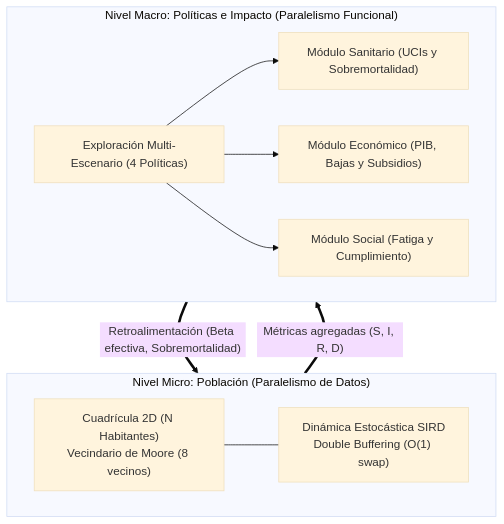
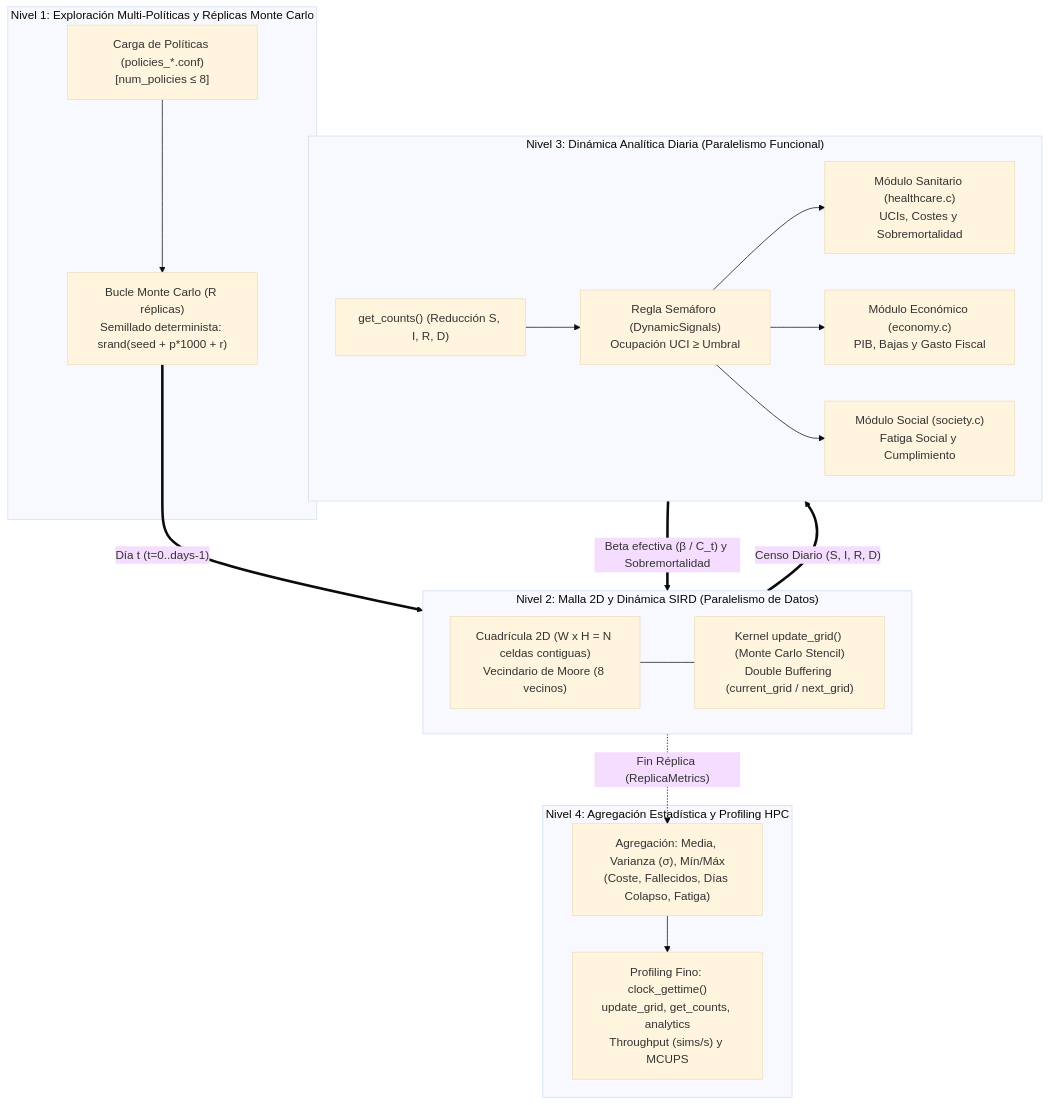
One commit to jhg45-ua/PandemiaIC changed the first of 3 diagrams in docs/modelo.md. Above: the diagram before and after it, drawn with Mermaid (base theme). The commit also changed other lines of this file and 16 other files, not shown here.

````diff
--- a/docs/modelo.md
+++ b/docs/modelo.md
@@ -13,21 +15,38 @@
 ```mermaid
 flowchart TD
-    subgraph S_Micro ["Nivel Micro: Población (Paralelismo de Datos)"]
-        Grid["Cuadrícula 2D (N Habitantes)\nVecindario de Moore (8 vecinos)"]
-        SIRD["Dinámica Estocástica SIRD\nDouble Buffering (O(1) swap)"]
-        Grid --- SIRD
+    subgraph S_Exp ["Nivel 1: Exploración Multi-Políticas y Réplicas Monte Carlo"]
+        Conf["Carga de Políticas (policies_*.conf)\n[num_policies ≤ 8]"]
+        MC["Bucle Monte Carlo (R réplicas)\nSemillado determinista: srand(seed + p*1000 + r)"]
+        Conf --> MC
     end
 
-    subgraph S_Macro ["Nivel Macro: Políticas e Impacto (Paralelismo Funcional)"]
-        Pol["Exploración Multi-Escenario (4 Políticas)"]
-        San["Módulo Sanitario (UCIs y Sobremortalidad)"]
-        Eco["Módulo Económico (PIB, Bajas y Subsidios)"]
-        Soc["Módulo Social (Fatiga y Cumplimiento)"]
-        Pol --> San
-        Pol --> Eco
-        Pol --> Soc
+    subgraph S_Micro ["Nivel 2: Malla 2D y Dinámica SIRD (Paralelismo de Datos)"]
+        Grid["Cuadrícula 2D (W x H = N celdas contiguas)\nVecindario de Moore (8 vecinos)"]
+        Stencil["Kernel update_grid() (Monte Carlo Stencil)\nDouble Buffering (current_grid / next_grid)"]
+        Grid --- Stencil
     end
 
-    S_Micro ==>|"Métricas agregadas (S, I, R, D)"| S_Macro
-    S_Macro ==>|"Retroalimentación (Beta efectiva, Sobremortalidad)"| S_Micro
+    subgraph S_Macro ["Nivel 3: Dinámica Analítica Diaria (Paralelismo Funcional)"]
+        Censo["get_counts() (Reducción S, I, R, D)"]
+        Semaforo["Regla Semáforo (DynamicSignals)\nOcupación UCI ≥ Umbral"]
+        San["Módulo Sanitario (healthcare.c)\nUCIs, Costes y Sobremortalidad"]
+        Eco["Módulo Económico (economy.c)\nPIB, Bajas y Gasto Fiscal"]
+        Soc["Módulo Social (society.c)\nFatiga Social y Cumplimiento"]
+        
+        Censo --> Semaforo
+        Semaforo --> San
+        Semaforo --> Eco
+        Semaforo --> Soc
+    end
+
+    subgraph S_Stats ["Nivel 4: Agregación Estadística y Profiling HPC"]
+        Stats["Agregación: Media, Varianza (σ), Mín/Máx\n(Coste, Fallecidos, Días Colapso, Fatiga)"]
+        Prof["Profiling Fino: clock_gettime()\nupdate_grid, get_counts, analytics\nThroughput (sims/s) y MCUPS"]
+    end
+
+    MC ==>|"Día t (t=0..days-1)"| S_Micro
+    S_Micro ==>|"Censo Diario (S, I, R, D)"| S_Macro
+    S_Macro ==>|"Beta efectiva (β / C_t) y Sobremortalidad"| S_Micro
+    S_Micro -.->|"Fin Réplica (ReplicaMetrics)"| Stats
+    Stats --> Prof
 ```
````
